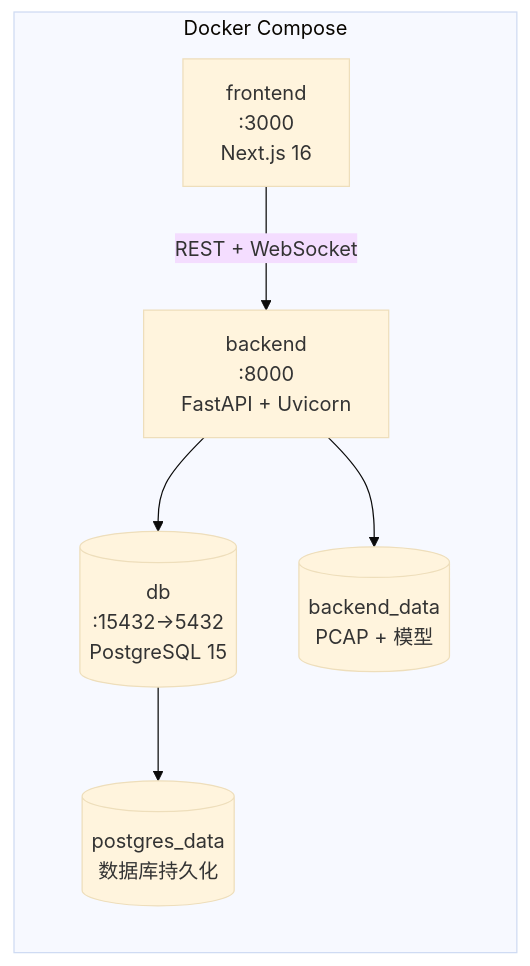
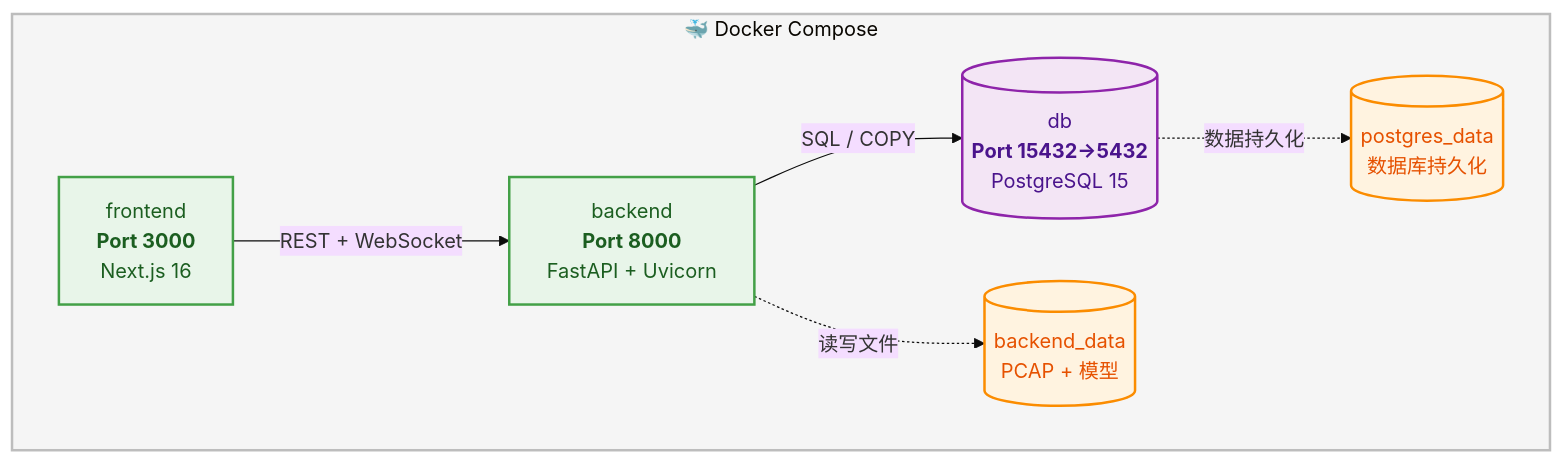
Before and after one commit to want-be-human/project: the seventh of 16 diagrams in 项目介绍.md, drawn with Mermaid (base theme). The commit also changed other lines of this file and 4 other files, not shown here.

Commit message:
feat: 更新 .gitignore，添加其他文件类型和文档的忽略规则；修改 docker-compose 配置以优化后端服务启动参数和环境变量；删除不再需要的文本文件；在项目介绍中添加 PostgreSQL 迁移性能调优章节

````diff
--- a/项目介绍.md
+++ b/项目介绍.md
@@ -463,15 +502,28 @@
 ```mermaid
 graph LR
-    subgraph Docker Compose
-        FE["frontend<br/>:3000<br/>Next.js 16"]
-        BE["backend<br/>:8000<br/>FastAPI + Uvicorn"]
-        DB[("db<br/>:15432→5432<br/>PostgreSQL 15")]
+    %% 样式定义
+    classDef service fill:#E8F5E9,stroke:#43A047,stroke-width:2px,color:#1B5E20
+    classDef database fill:#F3E5F5,stroke:#8E24AA,stroke-width:2px,color:#4A148C
+    classDef volume fill:#FFF3E0,stroke:#FB8C00,stroke-width:2px,color:#E65100,shape:cylinder
+    classDef subgraphStyle fill:#F5F5F5,stroke:#BDBDBD,stroke-width:2px
+
+    subgraph DockerCompose [🐳 Docker Compose]
+        direction LR
+        FE["frontend<br/><b>Port 3000</b><br/>Next.js 16"]
+        BE["backend<br/><b>Port 8000</b><br/>FastAPI + Uvicorn"]
+        DB[("db<br/><b>Port 15432→5432</b><br/>PostgreSQL 15")]
         VOL_DATA[("backend_data<br/>PCAP + 模型")]
         VOL_PG[("postgres_data<br/>数据库持久化")]
+
+        FE -->|REST + WebSocket| BE
+        BE -->|SQL / COPY| DB
+        BE -.->|读写文件| VOL_DATA
+        DB -.->|数据持久化| VOL_PG
     end
 
-    FE -->|REST + WebSocket| BE
-    BE --> DB
-    BE --> VOL_DATA
-    DB --> VOL_PG
+    %% 应用样式
+    class FE,BE service
+    class DB database
+    class VOL_DATA,VOL_PG volume
+    class DockerCompose subgraphStyle
 ```
````
